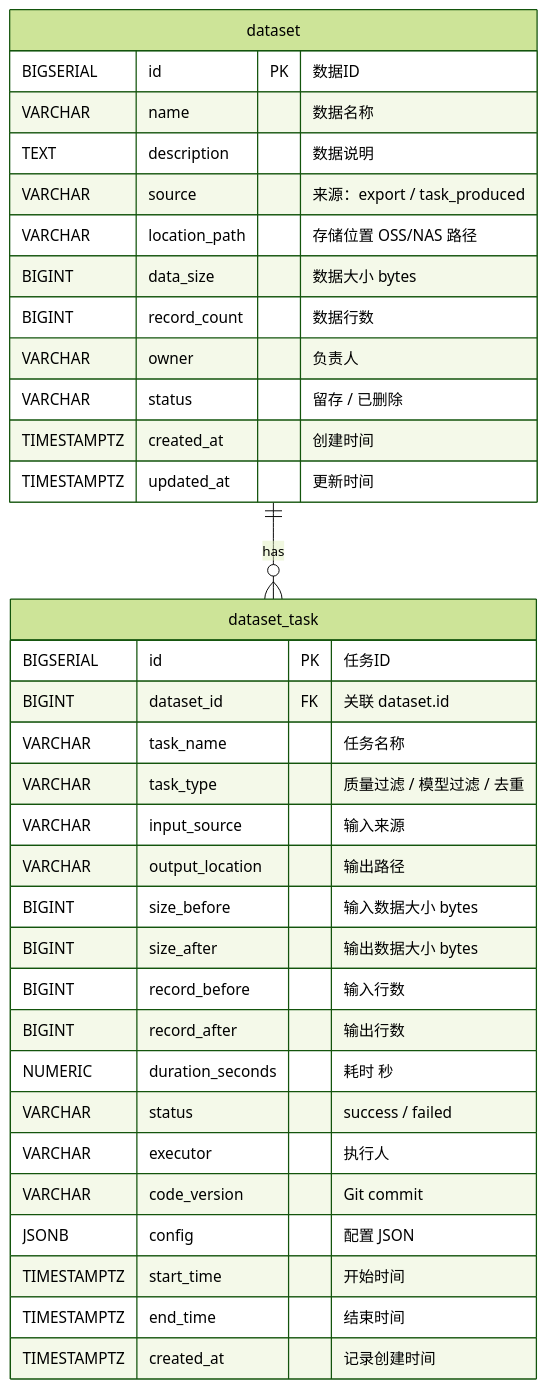
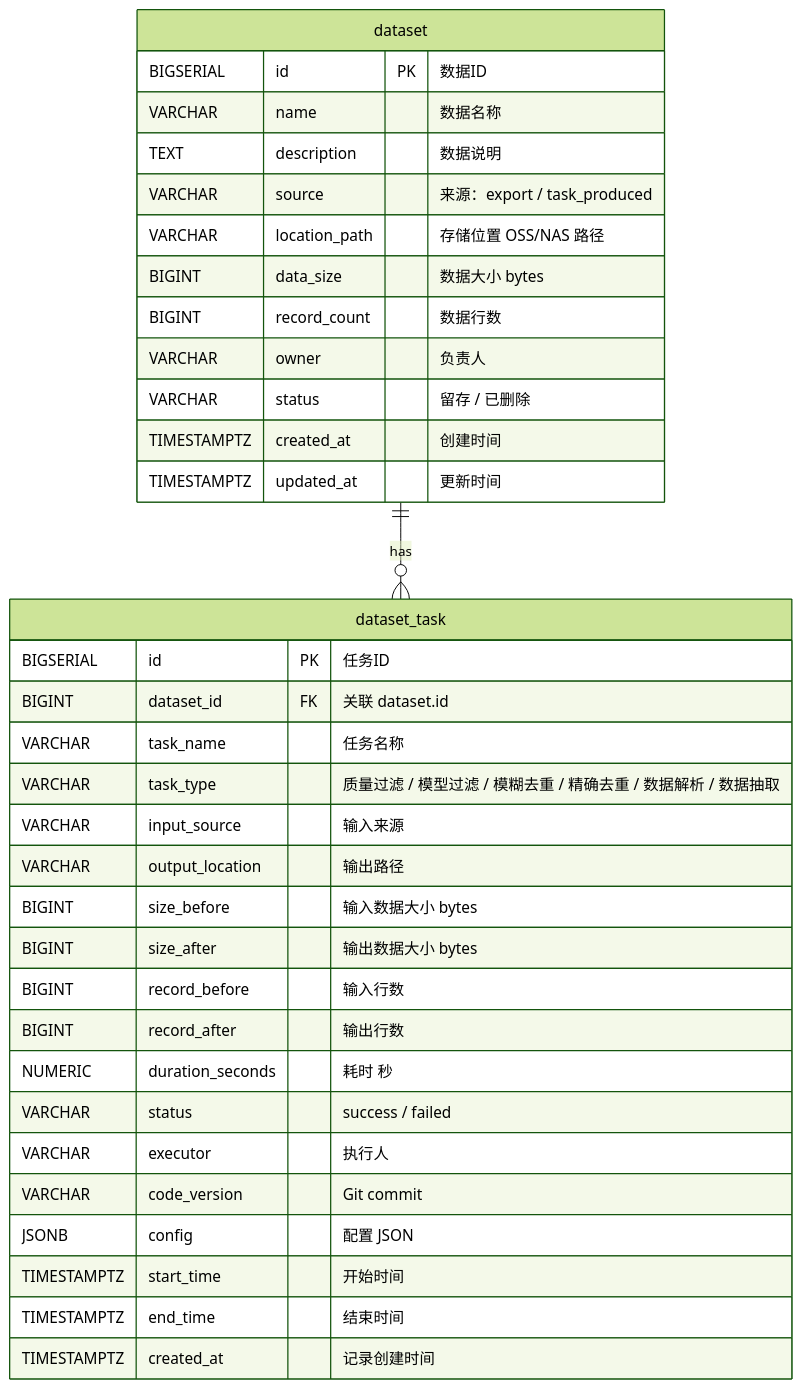
The diagram in er_diagram.md (724327304/engineering_asset_registry), drawn with Mermaid (forest theme) before and after one commit. The commit also changed 21 other files, not shown here.

````diff
--- a/er_diagram.md
+++ b/er_diagram.md
@@ -3,39 +3,39 @@
 ```mermaid
 erDiagram
     dataset {
         BIGSERIAL   id              PK  "数据ID"
         VARCHAR     name            "数据名称"
         TEXT        description     "数据说明"
         VARCHAR     source          "来源：export / task_produced"
         VARCHAR     location_path   "存储位置 OSS/NAS 路径"
         BIGINT      data_size       "数据大小 bytes"
         BIGINT      record_count    "数据行数"
         VARCHAR     owner           "负责人"
         VARCHAR     status          "留存 / 已删除"
         TIMESTAMPTZ created_at      "创建时间"
         TIMESTAMPTZ updated_at      "更新时间"
     }
 
     dataset_task {
         BIGSERIAL   id              PK  "任务ID"
         BIGINT      dataset_id      FK  "关联 dataset.id"
         VARCHAR     task_name       "任务名称"
-        VARCHAR     task_type       "质量过滤 / 模型过滤 / 去重"
+        VARCHAR     task_type       "质量过滤 / 模型过滤 / 模糊去重 / 精确去重 / 数据解析 / 数据抽取"
         VARCHAR     input_source    "输入来源"
         VARCHAR     output_location "输出路径"
         BIGINT      size_before     "输入数据大小 bytes"
         BIGINT      size_after      "输出数据大小 bytes"
         BIGINT      record_before   "输入行数"
         BIGINT      record_after    "输出行数"
         NUMERIC     duration_seconds "耗时 秒"
         VARCHAR     status          "success / failed"
         VARCHAR     executor        "执行人"
         VARCHAR     code_version    "Git commit"
         JSONB       config          "配置 JSON"
         TIMESTAMPTZ start_time      "开始时间"
         TIMESTAMPTZ end_time        "结束时间"
         TIMESTAMPTZ created_at      "记录创建时间"
     }
 
     dataset ||--o{ dataset_task : "has"
 ```
````
